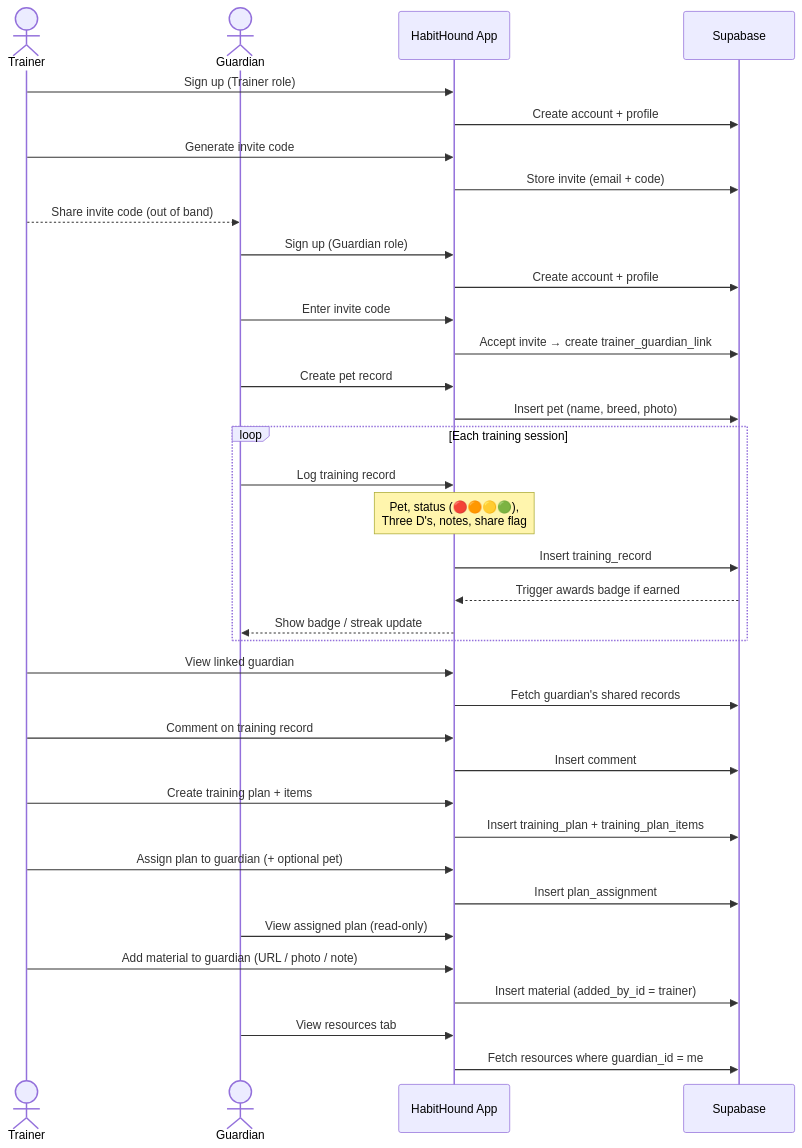
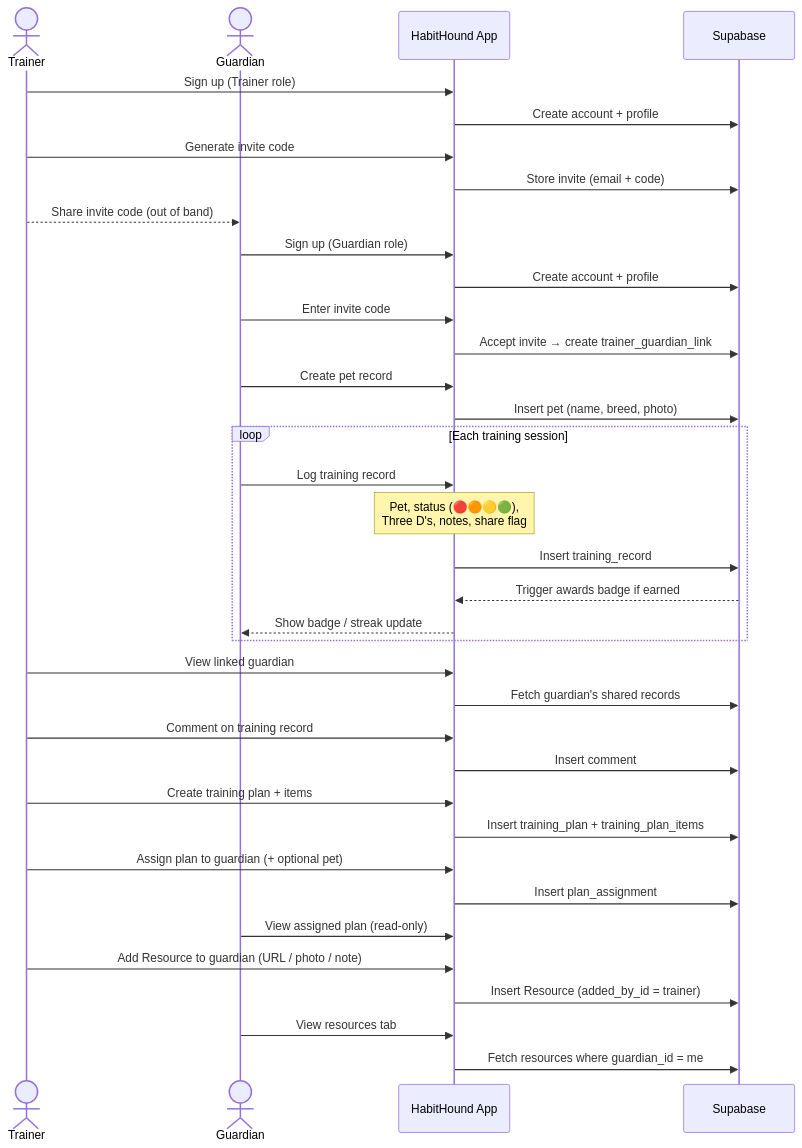
The diagram in docs/use_cases/signup.md (markculley/HoundHabit), drawn with Mermaid before and after one commit. The commit also changed 31 other files, not shown here.

````diff
--- a/docs/use_cases/signup.md
+++ b/docs/use_cases/signup.md
@@ -5,51 +5,51 @@
 ```mermaid
 sequenceDiagram
     actor T as Trainer
     actor G as Guardian
     participant App as HabitHound App
     participant DB as Supabase
 
     %% Onboarding
     T->>App: Sign up (Trainer role)
     App->>DB: Create account + profile
     T->>App: Generate invite code
     App->>DB: Store invite (email + code)
     T-->>G: Share invite code (out of band)
 
     G->>App: Sign up (Guardian role)
     App->>DB: Create account + profile
     G->>App: Enter invite code
     App->>DB: Accept invite → create trainer_guardian_link
 
     %% Pet setup
     G->>App: Create pet record
     App->>DB: Insert pet (name, breed, photo)
 
     %% Training loop
     loop Each training session
         G->>App: Log training record
         Note over App: Pet, status (🔴🟠🟡🟢),<br/>Three D's, notes, share flag
         App->>DB: Insert training_record
         DB-->>App: Trigger awards badge if earned
         App-->>G: Show badge / streak update
     end
 
     %% Trainer reviews
     T->>App: View linked guardian
     App->>DB: Fetch guardian's shared records
     T->>App: Comment on training record
     App->>DB: Insert comment
 
     %% Training plan
     T->>App: Create training plan + items
     App->>DB: Insert training_plan + training_plan_items
     T->>App: Assign plan to guardian (+ optional pet)
     App->>DB: Insert plan_assignment
     G->>App: View assigned plan (read-only)
 
     %% Resources
-    T->>App: Add material to guardian (URL / photo / note)
-    App->>DB: Insert material (added_by_id = trainer)
+    T->>App: Add Resource to guardian (URL / photo / note)
+    App->>DB: Insert Resource (added_by_id = trainer)
     G->>App: View resources tab
     App->>DB: Fetch resources where guardian_id = me
 ```
````
